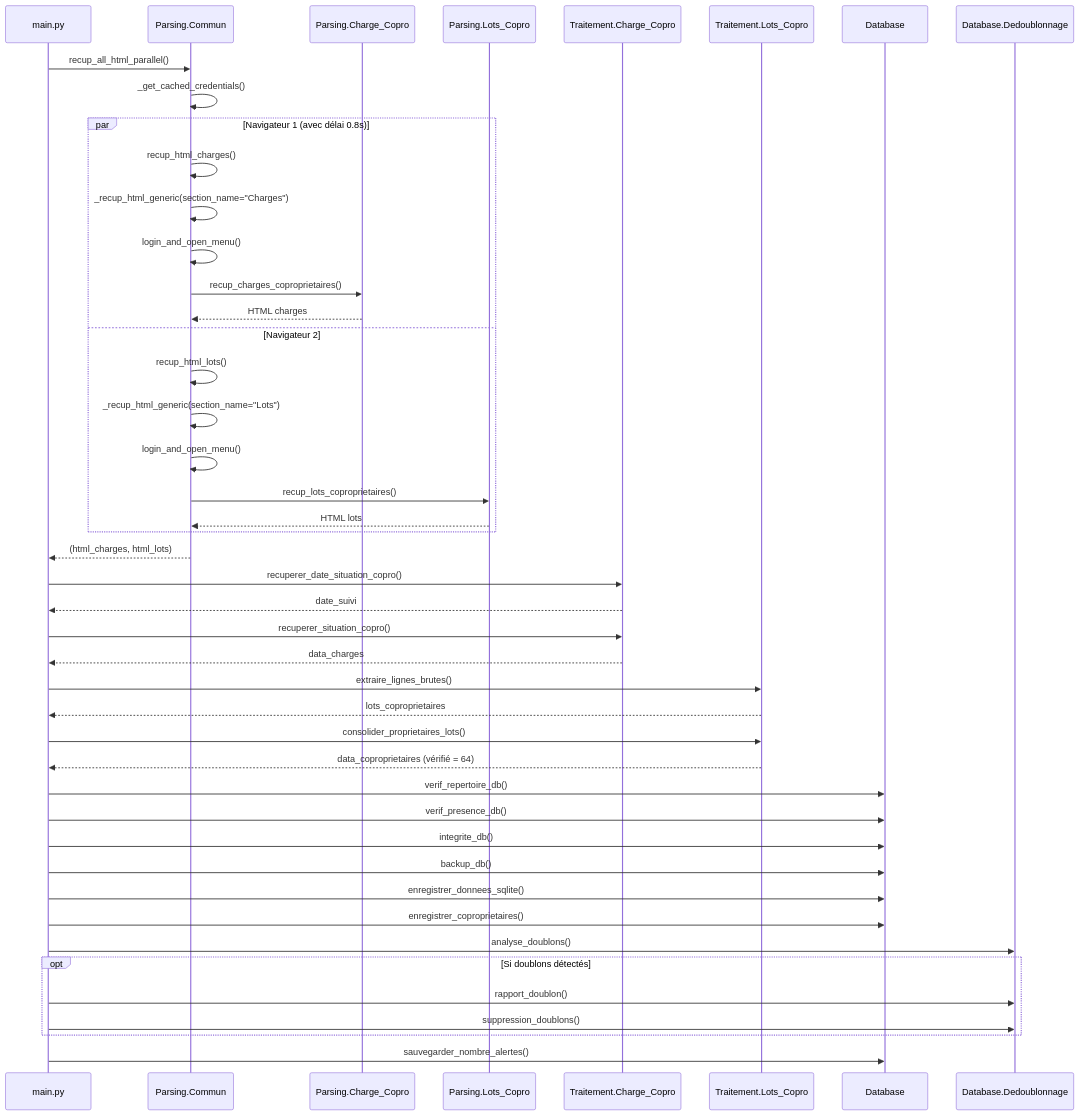
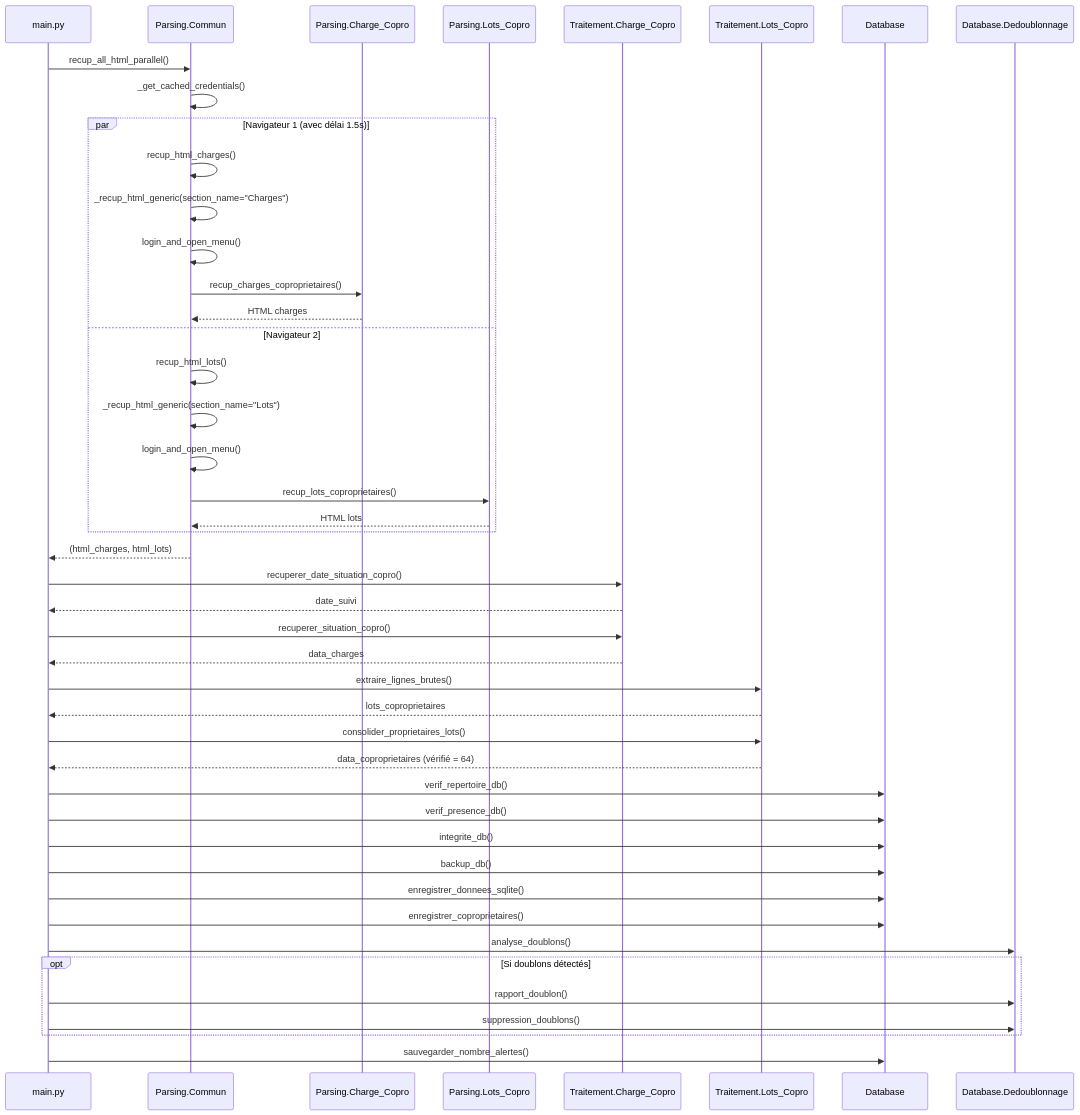
One commit to therealcorwin/CPTCOPRO changed the second of 6 diagrams in reports/call_graph.md. Above: the diagram before and after it, drawn with Mermaid. The commit also changed other lines of this file, not shown here.

Commit message:
fix: Augmenter le délai de récupération des données dans le graphe des appels

````diff
--- a/reports/call_graph.md
+++ b/reports/call_graph.md
@@ -152,57 +152,57 @@
 ```mermaid
 sequenceDiagram
     participant M as main.py
     participant PC as Parsing.Commun
     participant PCC as Parsing.Charge_Copro
     participant PLC as Parsing.Lots_Copro
     participant TC as Traitement.Charge_Copro
     participant TL as Traitement.Lots_Copro
     participant DB as Database
     participant DD as Database.Dedoublonnage
     
     M->>PC: recup_all_html_parallel()
     PC->>PC: _get_cached_credentials()
     
-    par Navigateur 1 (avec délai 0.8s)
+    par Navigateur 1 (avec délai 1.5s)
         PC->>PC: recup_html_charges()
         PC->>PC: _recup_html_generic(section_name="Charges")
         PC->>PC: login_and_open_menu()
         PC->>PCC: recup_charges_coproprietaires()
         PCC-->>PC: HTML charges
     and Navigateur 2
         PC->>PC: recup_html_lots()
         PC->>PC: _recup_html_generic(section_name="Lots")
         PC->>PC: login_and_open_menu()
         PC->>PLC: recup_lots_coproprietaires()
         PLC-->>PC: HTML lots
     end
     
     PC-->>M: (html_charges, html_lots)
     
     M->>TC: recuperer_date_situation_copro()
     TC-->>M: date_suivi
     
     M->>TC: recuperer_situation_copro()
     TC-->>M: data_charges
     
     M->>TL: extraire_lignes_brutes()
     TL-->>M: lots_coproprietaires
     
     M->>TL: consolider_proprietaires_lots()
     TL-->>M: data_coproprietaires (vérifié = 64)
     
     M->>DB: verif_repertoire_db()
     M->>DB: verif_presence_db()
     M->>DB: integrite_db()
     M->>DB: backup_db()
     M->>DB: enregistrer_donnees_sqlite()
     M->>DB: enregistrer_coproprietaires()
     
     M->>DD: analyse_doublons()
     opt Si doublons détectés
         M->>DD: rapport_doublon()
         M->>DD: suppression_doublons()
     end
     
     M->>DB: sauvegarder_nombre_alertes()
 ```
````
